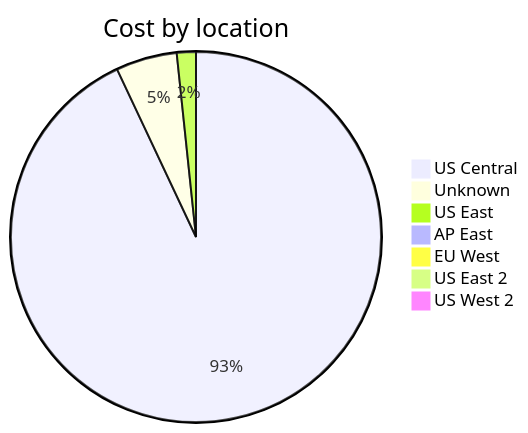
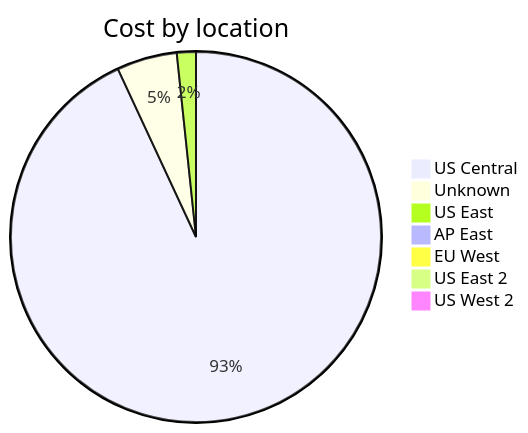
Before and after one commit to jpfulton/azure-personal-reports: the third of 4 diagrams in cost-reports/accumulated-cost.md, drawn with Mermaid. The commit also changed other lines of this file and 4 other files, not shown here.

````diff
--- a/cost-reports/accumulated-cost.md
+++ b/cost-reports/accumulated-cost.md
@@ -121,11 +121,11 @@
 ```mermaid
 pie
    title Cost by location
-   "US Central" : 2.79
-   "Unknown" : 0.16
-   "US East" : 0.05
+   "US Central" : 3.36
+   "Unknown" : 0.19
+   "US East" : 0.06
    "AP East" : 0.00
    "EU West" : 0.00
    "US East 2" : 0.00
    "US West 2" : 0.00
 ```
````
